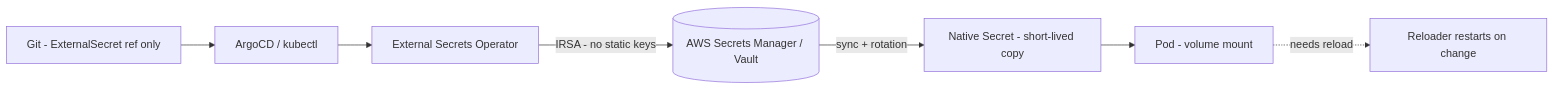
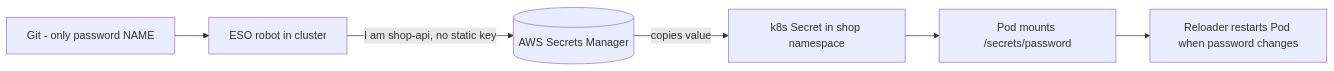
The second of 3 diagrams in docs/12-kubernetes-secret-management.md (AnkitTiwari643/infrastructure-thinking), drawn with Mermaid before and after one commit. The commit also changed other lines of this file, not shown here.

Commit message:
fix: rewrite kubernetes secrets guide in plain English with examples

````diff
--- a/docs/12-kubernetes-secret-management.md
+++ b/docs/12-kubernetes-secret-management.md
@@ -45,9 +115,8 @@
 ```mermaid
 flowchart LR
-    GIT[Git - ExternalSecret ref only] --> ARGO[ArgoCD / kubectl]
-    ARGO --> ESO[External Secrets Operator]
-    ESO -->|IRSA - no static keys| SM[(AWS Secrets Manager / Vault)]
-    SM -->|sync + rotation| K8S[Native Secret - short-lived copy]
-    K8S --> POD[Pod - volume mount]
-    POD -.->|needs reload| REL[Reloader restarts on change]
+    GIT[Git - only password NAME] --> ESO[ESO robot in cluster]
+    ESO -->|I am shop-api, no static key| AWS[(AWS Secrets Manager)]
+    AWS -->|copies value| SEC[k8s Secret in shop namespace]
+    SEC --> POD[Pod mounts /secrets/password]
+    POD --> RE[Reloader restarts Pod when password changes]
 ```
````
